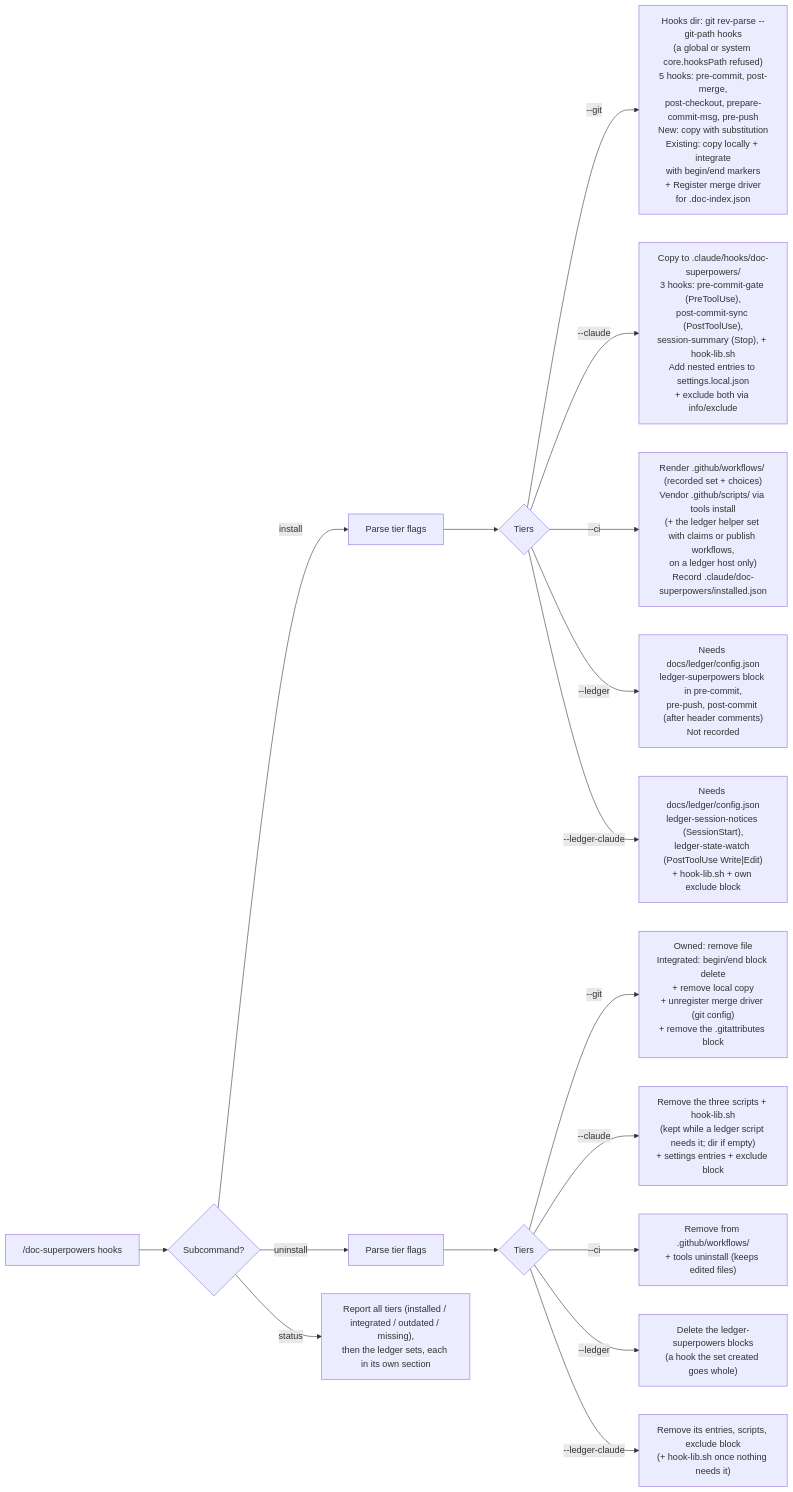
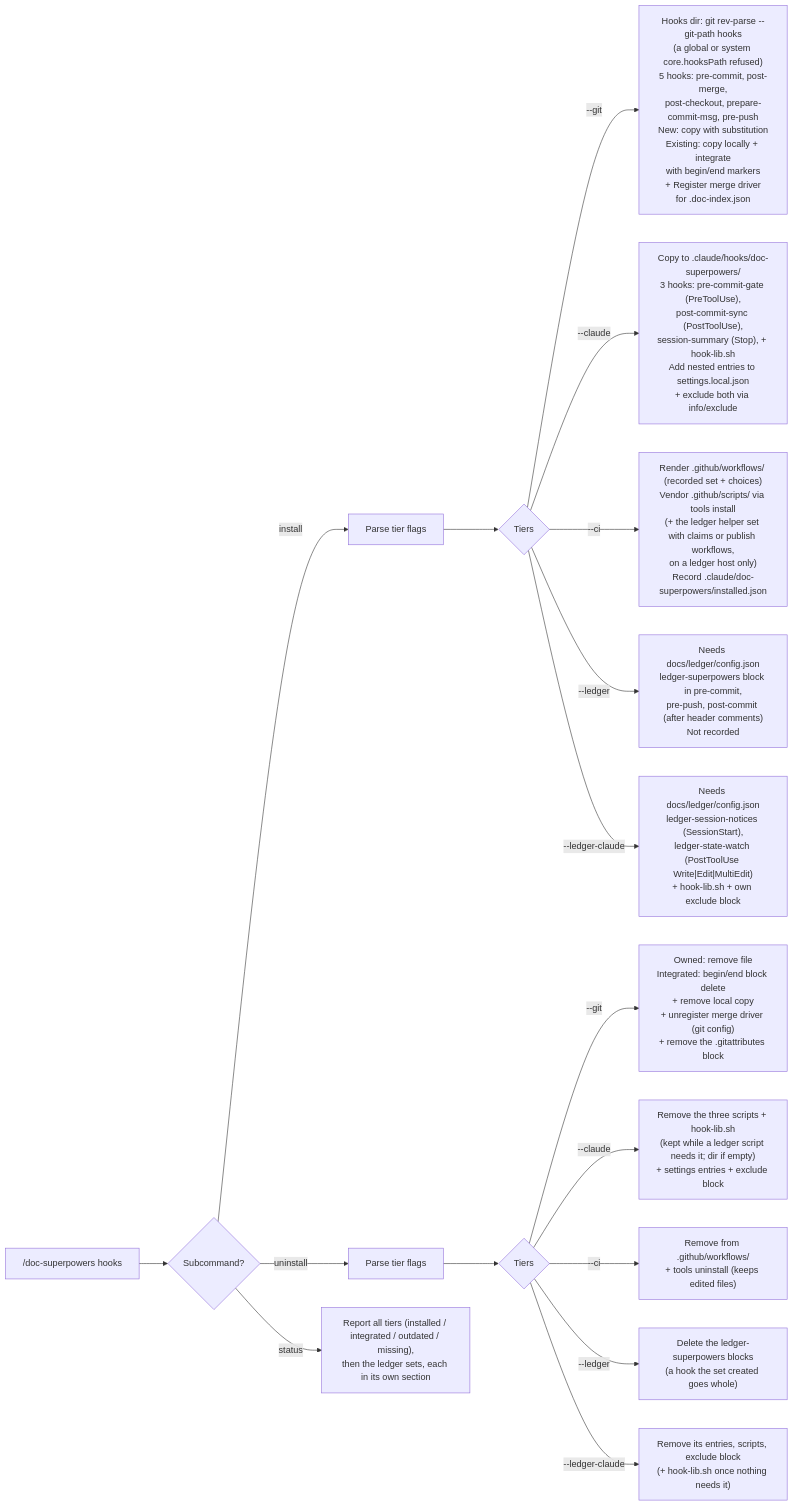
The fifth of 11 diagrams in docs/workflows/doc-superpowers.md (woodrowpearson/doc-superpowers), drawn with Mermaid before and after one commit. The commit also changed other lines of this file and 6 other files, not shown here.

````diff
--- a/docs/workflows/doc-superpowers.md
+++ b/docs/workflows/doc-superpowers.md
@@ -470,19 +470,19 @@
 ```mermaid
 flowchart LR
   A["/doc-superpowers hooks"] --> B{Subcommand?}
   B -->|install| C["Parse tier flags"]
   B -->|uninstall| D["Parse tier flags"]
   B -->|status| E["Report all tiers (installed / integrated / outdated / missing),<br>then the ledger sets, each in its own section"]
   C --> F{Tiers}
   F -->|--git| G["Hooks dir: git rev-parse --git-path hooks<br>(a global or system core.hooksPath refused)<br>5 hooks: pre-commit, post-merge,<br>post-checkout, prepare-commit-msg, pre-push<br>New: copy with substitution<br>Existing: copy locally + integrate<br>with begin/end markers<br>+ Register merge driver<br>for .doc-index.json"]
   F -->|--claude| H["Copy to .claude/hooks/doc-superpowers/<br>3 hooks: pre-commit-gate (PreToolUse),<br>post-commit-sync (PostToolUse),<br>session-summary (Stop), + hook-lib.sh<br>Add nested entries to settings.local.json<br>+ exclude both via info/exclude"]
   F -->|--ci| I["Render .github/workflows/ (recorded set + choices)<br>Vendor .github/scripts/ via tools install<br>(+ the ledger helper set with claims or publish workflows,<br>on a ledger host only)<br>Record .claude/doc-superpowers/installed.json"]
   F -->|--ledger| LG["Needs docs/ledger/config.json<br>ledger-superpowers block in pre-commit,<br>pre-push, post-commit (after header comments)<br>Not recorded"]
-  F -->|--ledger-claude| LC["Needs docs/ledger/config.json<br>ledger-session-notices (SessionStart),<br>ledger-state-watch (PostToolUse Write|Edit)<br>+ hook-lib.sh + own exclude block"]
+  F -->|--ledger-claude| LC["Needs docs/ledger/config.json<br>ledger-session-notices (SessionStart),<br>ledger-state-watch (PostToolUse Write|Edit|MultiEdit)<br>+ hook-lib.sh + own exclude block"]
   D --> J{Tiers}
   J -->|--git| K["Owned: remove file<br>Integrated: begin/end block delete<br>+ remove local copy<br>+ unregister merge driver (git config)<br>+ remove the .gitattributes block"]
   J -->|--claude| L["Remove the three scripts + hook-lib.sh<br>(kept while a ledger script needs it; dir if empty)<br>+ settings entries + exclude block"]
   J -->|--ci| M["Remove from .github/workflows/<br>+ tools uninstall (keeps edited files)"]
   J -->|--ledger| ML["Delete the ledger-superpowers blocks<br>(a hook the set created goes whole)"]
   J -->|--ledger-claude| MC["Remove its entries, scripts, exclude block<br>(+ hook-lib.sh once nothing needs it)"]
 ```
````
